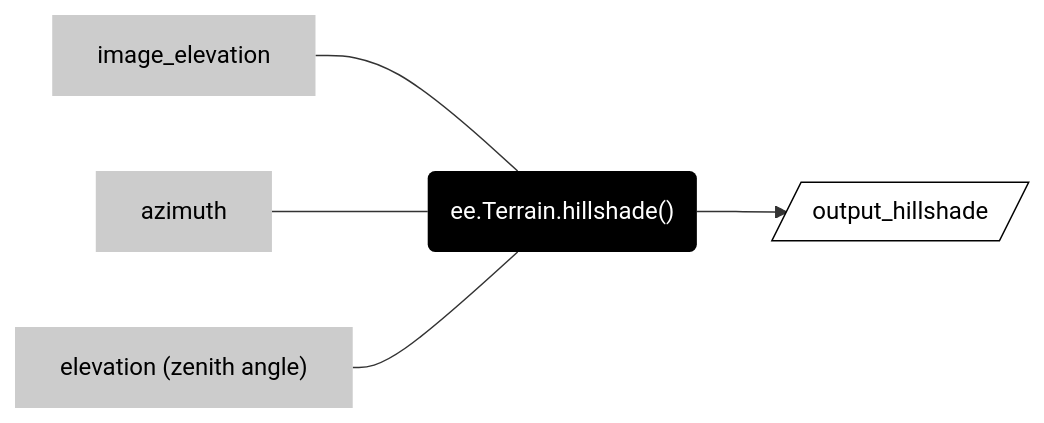
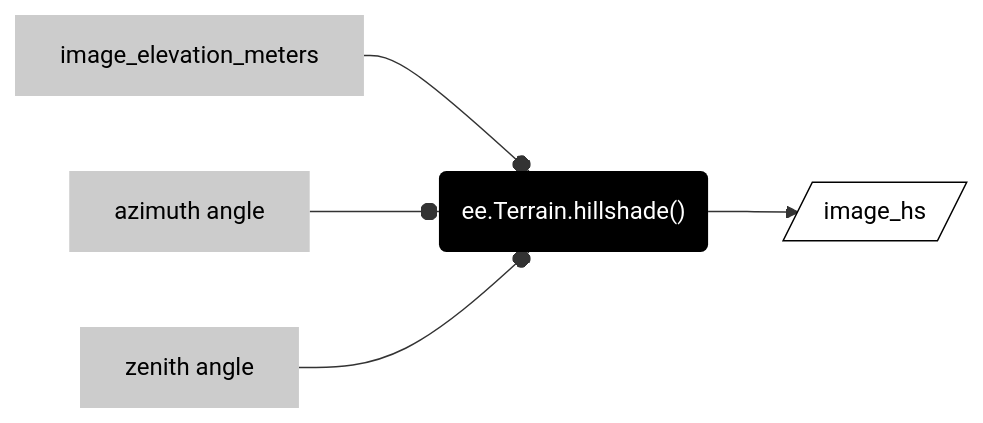
Before and after one commit to jeffhowarth/ee-edu: the fourth of 4 diagrams in src/methods/terrain.md, drawn with Mermaid. The commit also changed other lines of this file and 29 other files, not shown here.

````diff
--- a/src/methods/terrain.md
+++ b/src/methods/terrain.md
@@ -160,25 +195,25 @@
 ``` mermaid
 graph LR
-  step02("ee.Terrain.hillshade()") ;
-  step03[/"output_hillshade"/]  ;
-  arg01["image_elevation"] ;
-  arg02["azimuth"] ;
-  arg03["elevation (zenith angle)"] ;
+  step02("ee.Terrain.hillshade()") ; 
+  step03[/"image_hs"/]  ;
+  arg01["image_elevation_meters"] ;
+  arg02["azimuth angle"] ;
+  arg03["zenith angle"] ;
   
   step02 --> step03
-  arg01 --- step02
-  arg02 --- step02
-  arg03 --- step02
+  arg01 --o step02
+  arg02 --o step02
+  arg03 --o step02
 
   classDef in-out fill:#FFFFFF,stroke-width:1px,stroke: #000000, color:#000000; 
   classDef op fill:#000000,stroke-width:0px,color:#FFFFFF;
   classDef arg fill:#CCCCCC,stroke-width:0px,color:#000000;
   
 
   class step01 in-out; 
   class step02 op;
   class step03 in-out;
   class arg01 arg;
   class arg02 arg; 
   class arg03 arg; 
 ```
````
